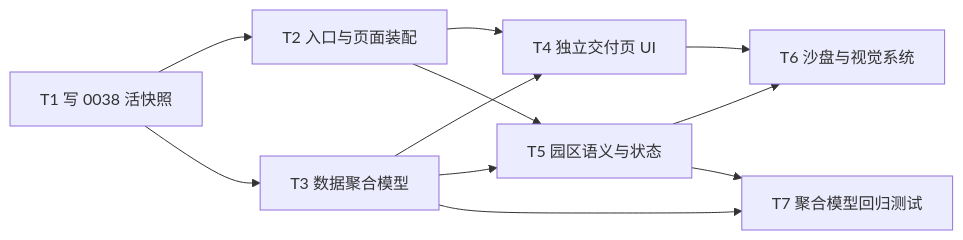
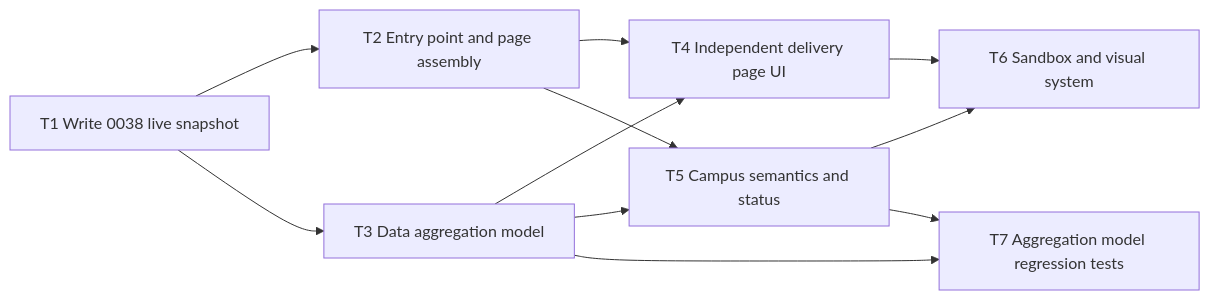
One commit to Curry09/AHE-Beta changed the diagram in docs/specs/0038-openagents-frontend-delivery-view.md. Above: the diagram before and after it, drawn with Mermaid. The commit also changed other lines of this file and 531 other files, not shown here.

````diff
--- a/docs/specs/0038-openagents-frontend-delivery-view.md
+++ b/docs/specs/0038-openagents-frontend-delivery-view.md
@@ -310,20 +310,20 @@
 ```mermaid
 graph LR
-  T1[T1 写 0038 活快照]
-  T2[T2 入口与页面装配]
-  T3[T3 数据聚合模型]
-  T4[T4 独立交付页 UI]
-  T5[T5 园区语义与状态]
-  T6[T6 沙盘与视觉系统]
-  T7[T7 聚合模型回归测试]
+  T1[T1 Write 0038 live snapshot]
+  T2[T2 Entry point and page assembly]
+  T3[T3 Data aggregation model]
+  T4[T4 Independent delivery page UI]
+  T5[T5 Campus semantics and status]
+  T6[T6 Sandbox and visual system]
+  T7[T7 Aggregation model regression tests]
   T1 --> T2
   T1 --> T3
   T2 --> T4
   T3 --> T4
   T2 --> T5
   T3 --> T5
   T4 --> T6
   T5 --> T6
   T3 --> T7
   T5 --> T7
 ```
````
